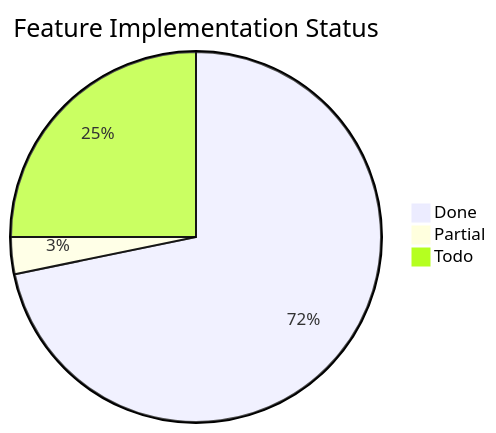
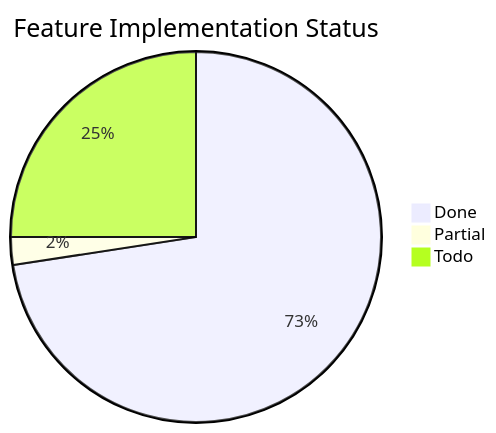
Before and after one commit to Papyrine/Morph: the third of 3 diagrams in docs/word-features.md, drawn with Mermaid. The commit also changed other lines of this file and 5 other files, not shown here.

````diff
--- a/docs/word-features.md
+++ b/docs/word-features.md
@@ -1827,6 +1829,6 @@
 ```mermaid
 pie title Feature Implementation Status
-    "Done" : 89
-    "Partial" : 4
+    "Done" : 90
+    "Partial" : 3
     "Todo" : 31
 ```
````
